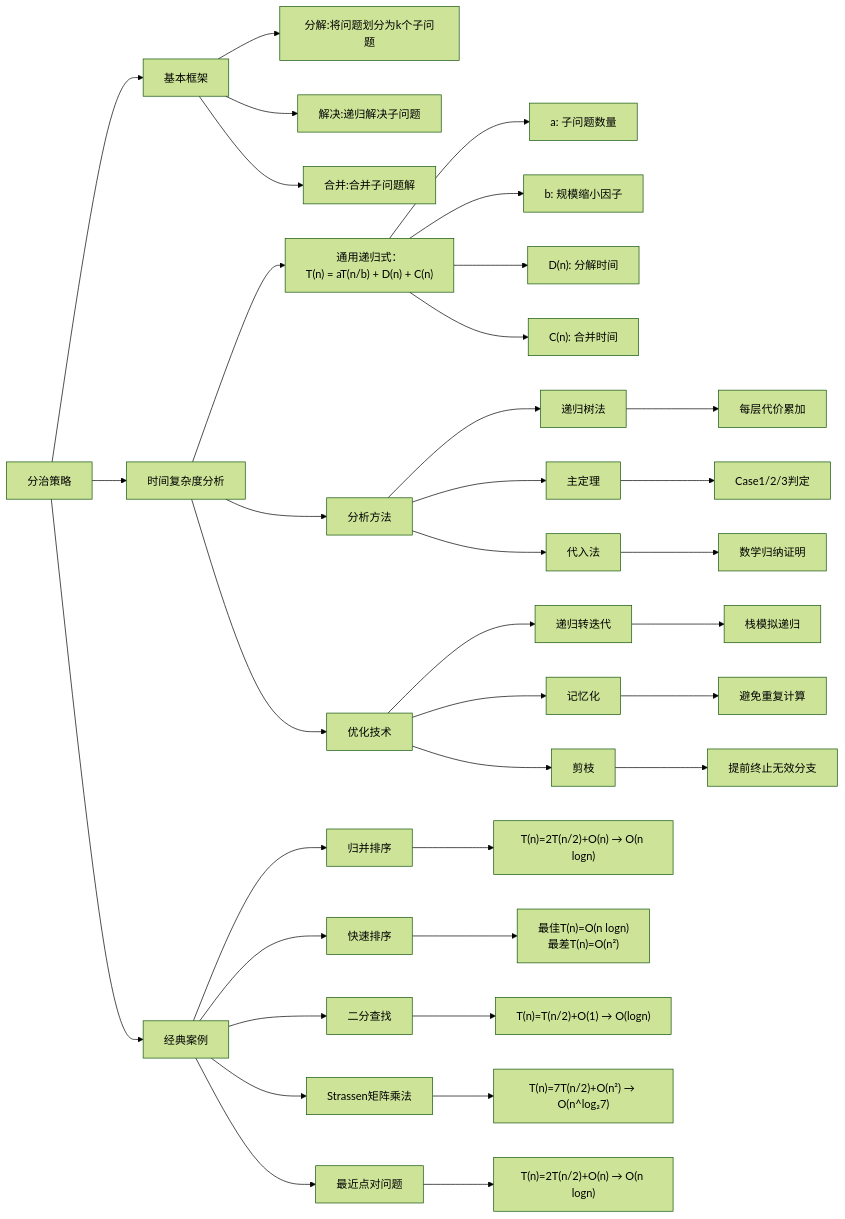
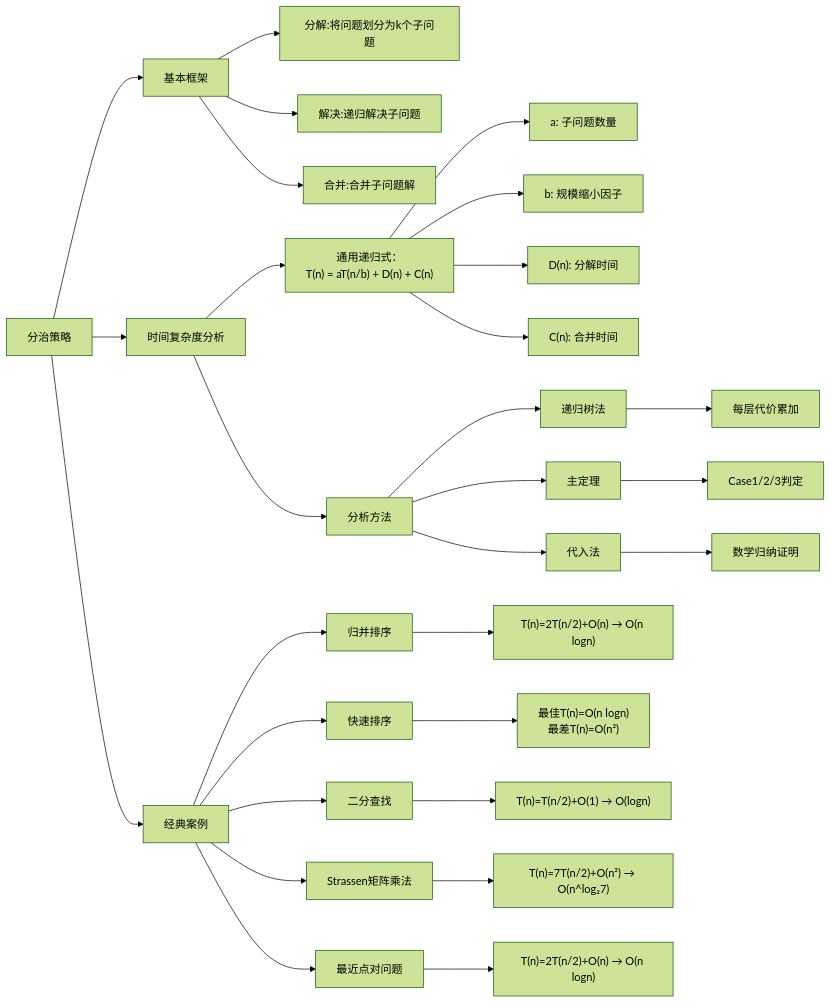
The first of 3 diagrams in 学习笔记/信息/分治策略与时间复杂度计算.md (DanielZhangyc/obsidian_vault), drawn with Mermaid (forest theme) before and after one commit. The commit also changed other lines of this file, not shown here.

````diff
--- a/学习笔记/信息/分治策略与时间复杂度计算.md
+++ b/学习笔记/信息/分治策略与时间复杂度计算.md
@@ -22,29 +22,25 @@
 ```mermaid
 graph LR
   A[分治策略] --> B[基本框架]
   A --> C[时间复杂度分析]
   A --> D[经典案例]
 
   B --> B1["分解:将问题划分为k个子问题"]
   B --> B2["解决:递归解决子问题"]
   B --> B3["合并:合并子问题解"]
 
   C --> C1["通用递归式：<br>T(n) = aT(n/b) + D(n) + C(n)"]
   C1 --> C11["a: 子问题数量"]
   C1 --> C12["b: 规模缩小因子"]
   C1 --> C13["D(n): 分解时间"]
   C1 --> C14["C(n): 合并时间"]
   C --> C2["分析方法"] --> C21["递归树法"] --> C211["每层代价累加"]
   C2 --> C22["主定理"] --> C221["Case1/2/3判定"] 
   C2 --> C23["代入法"] --> C231["数学归纳证明"]
-  C --> C3["优化技术"] --> C31["递归转迭代"]
-  C31 --> C311["栈模拟递归"]
-  C3 --> C32["记忆化"] --> C321["避免重复计算"]
-  C3 --> C33["剪枝"] --> C331["提前终止无效分支"]
 
   D --> D1["归并排序"] --> D11["T(n)=2T(n/2)+O(n) → O(n logn)"]
   D --> D2["快速排序"] --> D21["最佳T(n)=O(n logn)<br>最差T(n)=O(n²)"]
   D --> D3["二分查找"] --> D31["T(n)=T(n/2)+O(1) → O(logn)"]
   D --> D4["Strassen矩阵乘法"] --> D41["T(n)=7T(n/2)+O(n²) → O(n^log₂7)"]
   D --> D5["最近点对问题"] --> D51["T(n)=2T(n/2)+O(n) → O(n logn)"]
 ```
````
